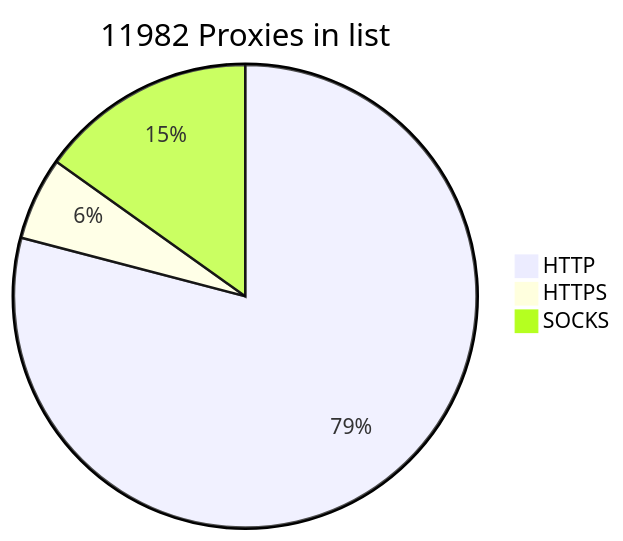
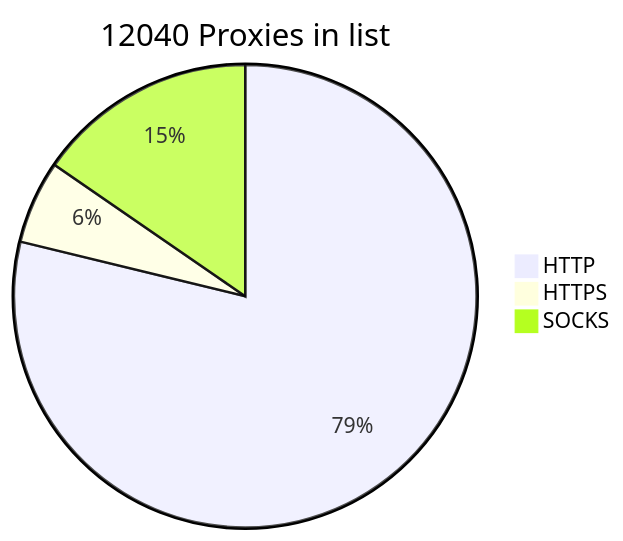
One commit to BlackSnowDot/proxylist-update-every-minute changed the diagram in README.md. Above: the diagram before and after it, drawn with Mermaid. The commit also changed other lines of this file, not shown here.

````diff
--- a/README.md
+++ b/README.md
@@ -2,6 +2,6 @@
 ```mermaid
-pie title 11982 Proxies in list
-    "HTTP" : 9581
-    "HTTPS": 701
-    "SOCKS" : 1835
+pie title 12040 Proxies in list
+    "HTTP" : 9594
+    "HTTPS": 707
+    "SOCKS" : 1875
 ```
````
